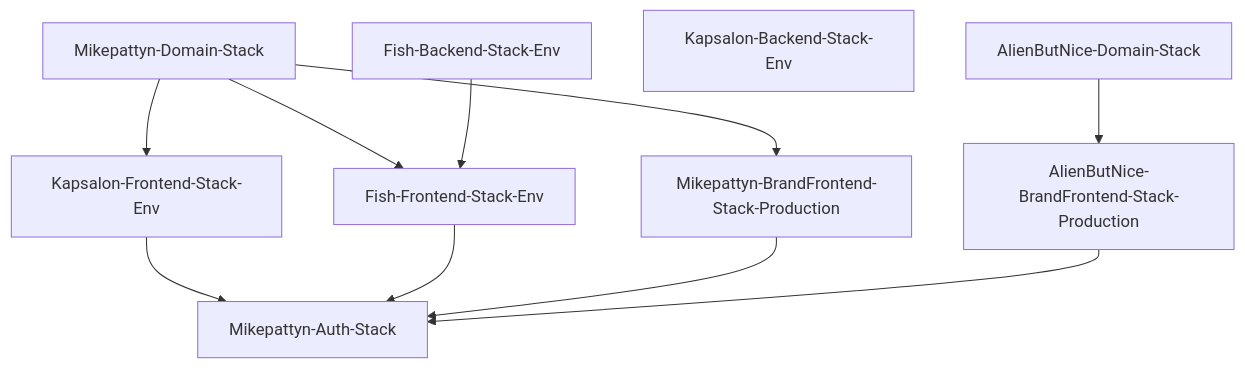
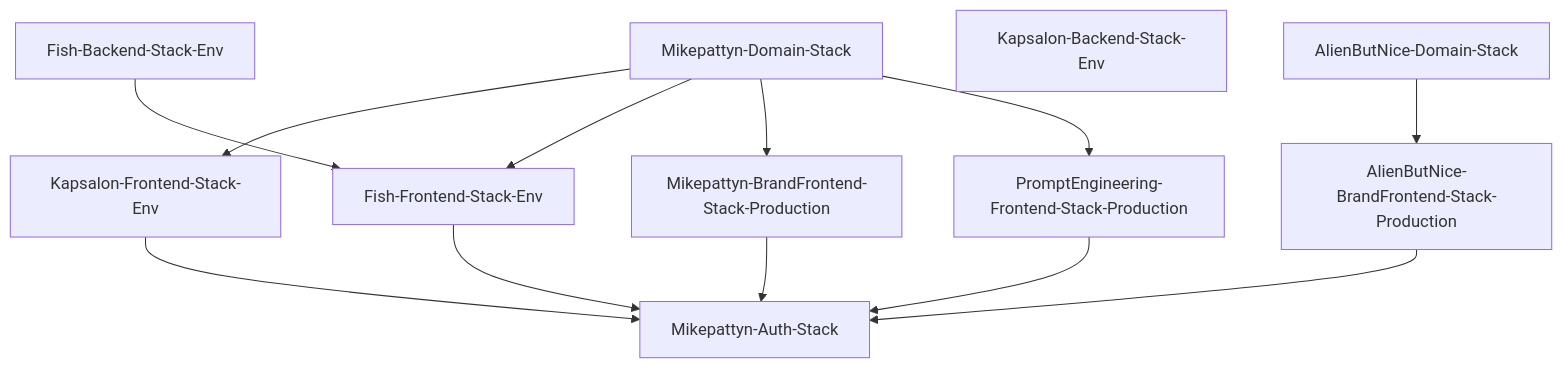
The diagram in docs/research/individual-app-deploy.md (mikepattyn/mikepattyn), drawn with Mermaid before and after one commit. The commit also changed other lines of this file and 23 other files, not shown here.

First line of the commit message:
feat(prompt-engineering): wire Lumen deploy path onto platform domain

````diff
--- a/docs/research/individual-app-deploy.md
+++ b/docs/research/individual-app-deploy.md
@@ -90,23 +94,26 @@
 ```mermaid
 flowchart TB
   MD[Mikepattyn-Domain-Stack]
   AD[AlienButNice-Domain-Stack]
   Auth[Mikepattyn-Auth-Stack]
 
   KF[Kapsalon-Frontend-Stack-Env]
   KB[Kapsalon-Backend-Stack-Env]
   FB[Fish-Backend-Stack-Env]
   FE[Fish-Frontend-Stack-Env]
   MB[Mikepattyn-BrandFrontend-Stack-Production]
   AB[AlienButNice-BrandFrontend-Stack-Production]
+  PE[PromptEngineering-Frontend-Stack-Production]
 
   MD --> KF
   MD --> FE
   MD --> MB
+  MD --> PE
   AD --> AB
   FB --> FE
   KF --> Auth
   FE --> Auth
   MB --> Auth
   AB --> Auth
+  PE --> Auth
 ```
````
